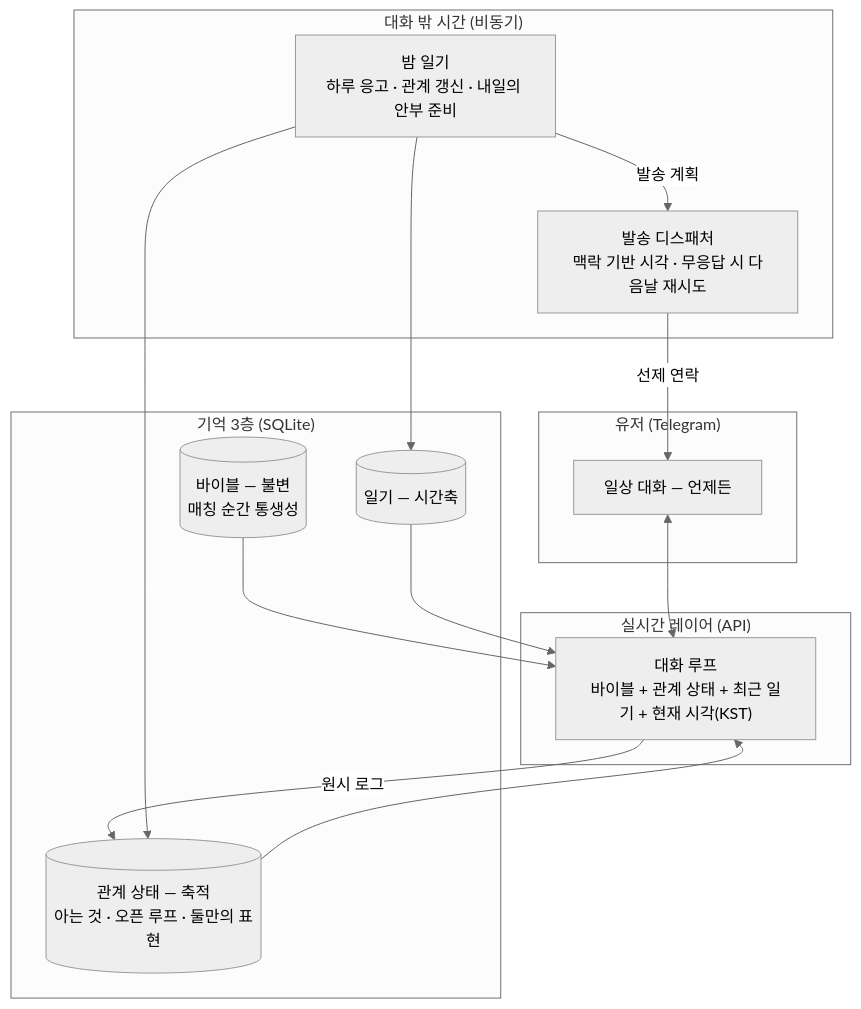
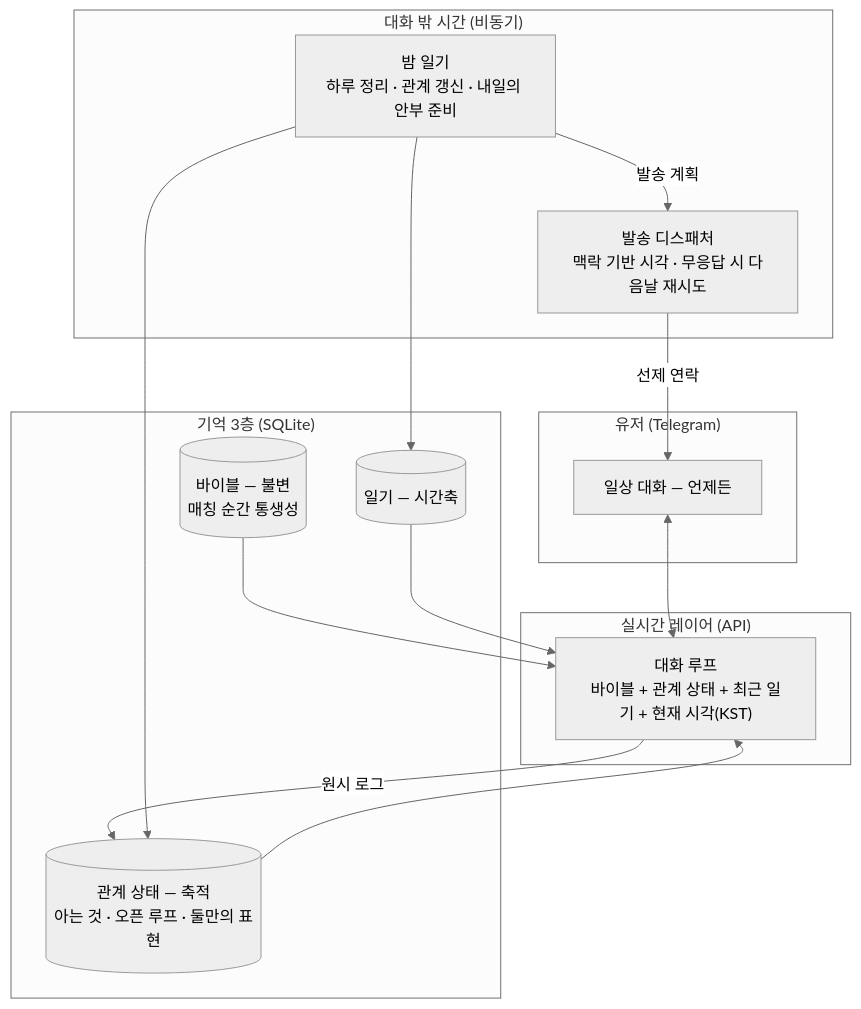
The diagram in README.md (hyewon3938/random-ai-companion), drawn with Mermaid (neutral theme) before and after one commit. The commit also changed other lines of this file and 1 other file, not shown here.

````diff
--- a/README.md
+++ b/README.md
@@ -62,27 +59,27 @@
 ```mermaid
 graph TB
     subgraph TG["유저 (Telegram)"]
         U["일상 대화 — 언제든"]
     end
     subgraph RT["실시간 레이어 (API)"]
         BOT["대화 루프<br/>바이블 + 관계 상태 + 최근 일기 + 현재 시각(KST)"]
     end
     subgraph ASYNC["대화 밖 시간 (비동기)"]
-        DIARY["밤 일기<br/>하루 응고 · 관계 갱신 · 내일의 안부 준비"]
+        DIARY["밤 일기<br/>하루 정리 · 관계 갱신 · 내일의 안부 준비"]
         DISP["발송 디스패처<br/>맥락 기반 시각 · 무응답 시 다음날 재시도"]
     end
     subgraph MEM["기억 3층 (SQLite)"]
         B[("바이블 — 불변<br/>매칭 순간 통생성")]
         R[("관계 상태 — 축적<br/>아는 것 · 오픈 루프 · 둘만의 표현")]
         D[("일기 — 시간축")]
     end
     U <--> BOT
     B --> BOT
     R --> BOT
     D --> BOT
     BOT -->|원시 로그| R
     DIARY --> D
     DIARY --> R
     DIARY -->|발송 계획| DISP
     DISP -->|선제 연락| U
 ```
````
